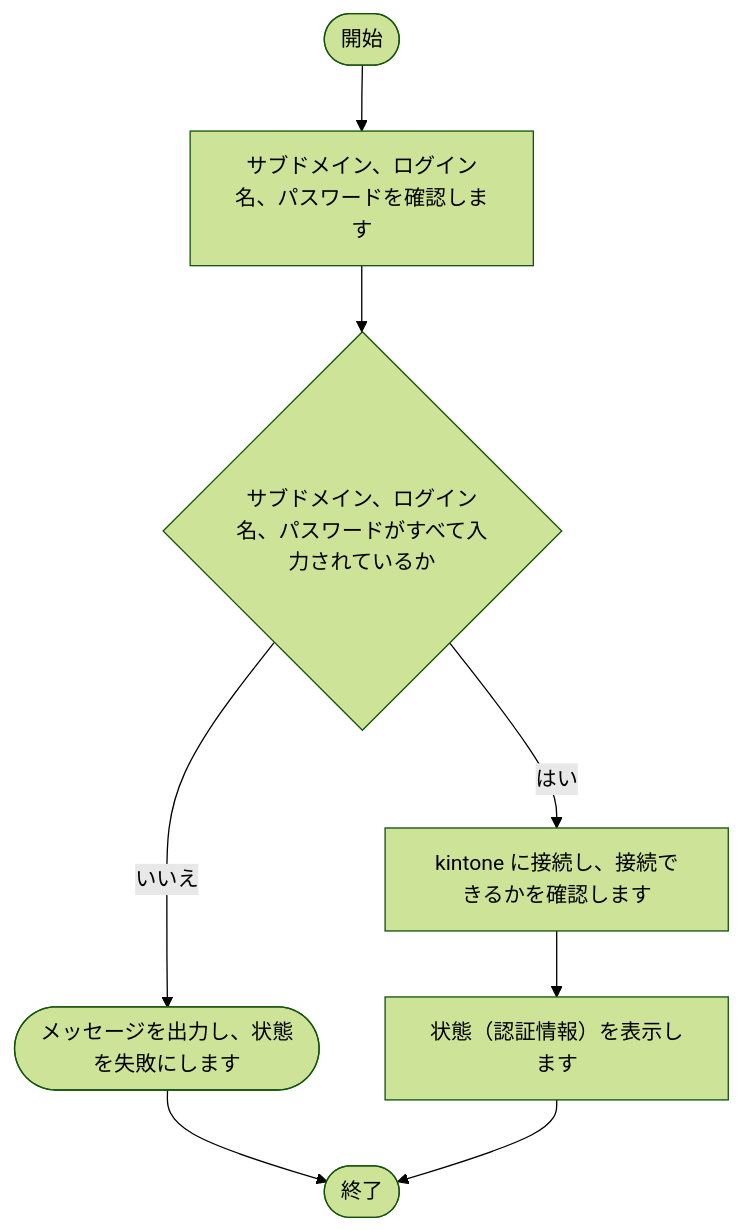
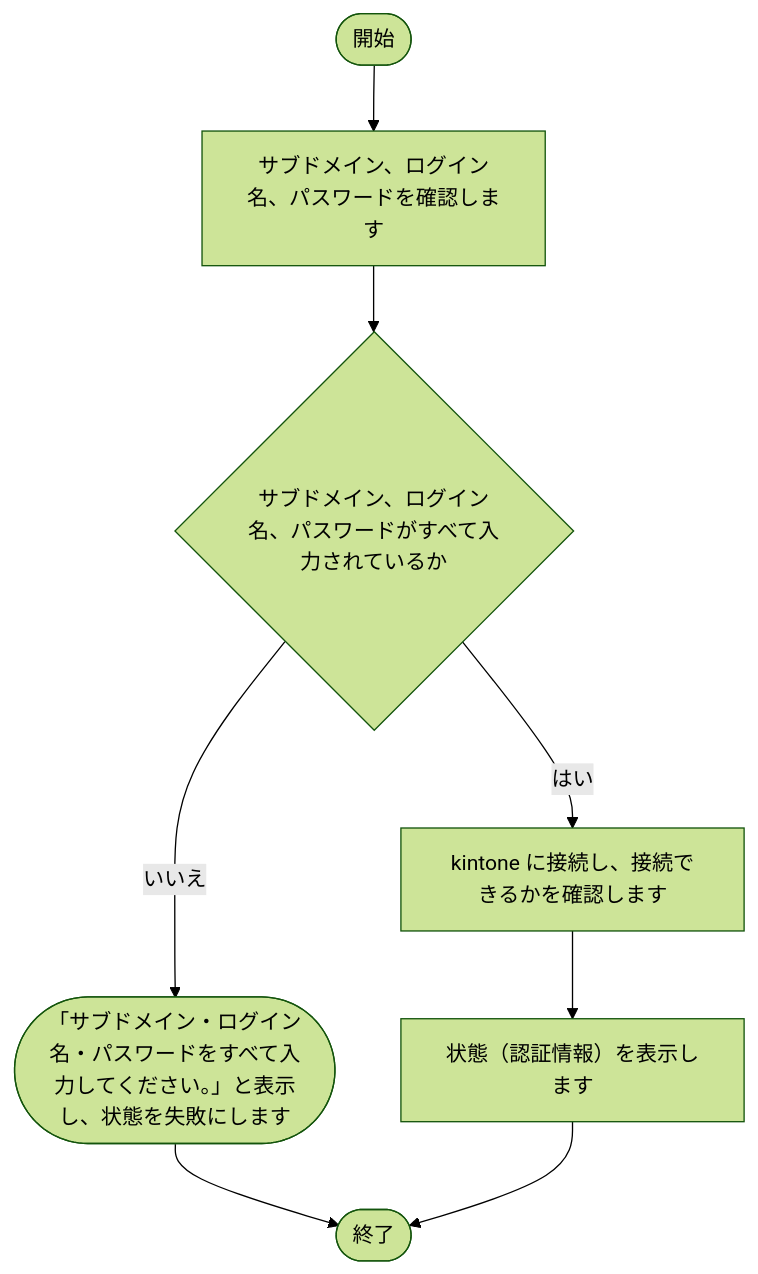
Before and after one commit to nishida2073/project_management: diagram 16 of 25 in tool/kintone-aggregator/doc/02_設計/処理フロー.md, drawn with Mermaid (forest theme). The commit also changed other lines of this file and 35 other files, not shown here.

````diff
--- a/tool/kintone-aggregator/doc/02_設計/処理フロー.md
+++ b/tool/kintone-aggregator/doc/02_設計/処理フロー.md
@@ -409,17 +422,17 @@
 ```mermaid
 flowchart TD
     S(["開始"])
     E(["終了"])
     N1["サブドメイン、ログイン名、パスワードを確認します"]
     S --> N1
     N2{"サブドメイン、ログイン名、パスワードがすべて入力されているか"}
-    X2(["メッセージを出力し、状態を失敗にします"])
+    X2(["「サブドメイン・ログイン名・パスワードをすべて入力してください。」と表示し、状態を失敗にします"])
     X2 --> E
     N2 -- いいえ --> X2
     N1 --> N2
     N3["kintone に接続し、接続できるかを確認します"]
     N2 -- はい --> N3
     N4["状態（認証情報）を表示します"]
     N3 --> N4
     N4 --> E
 ```
````
